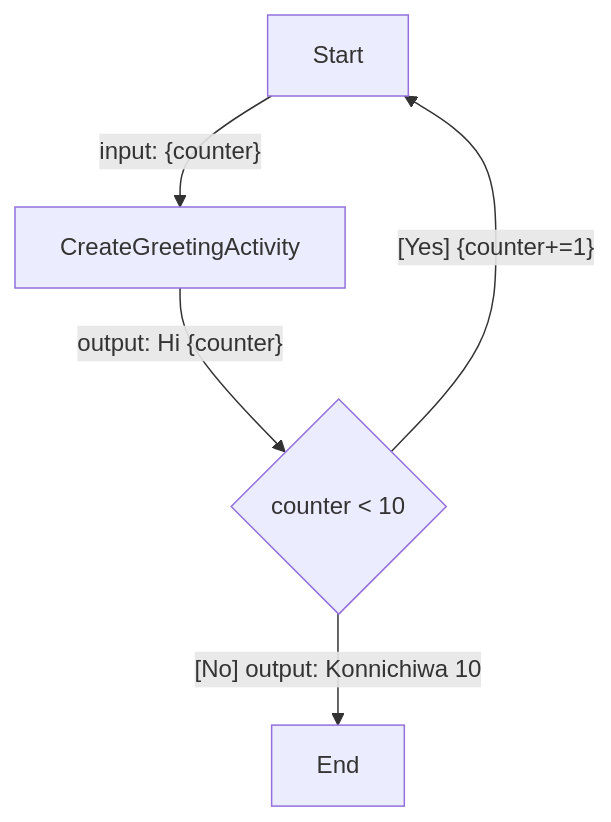
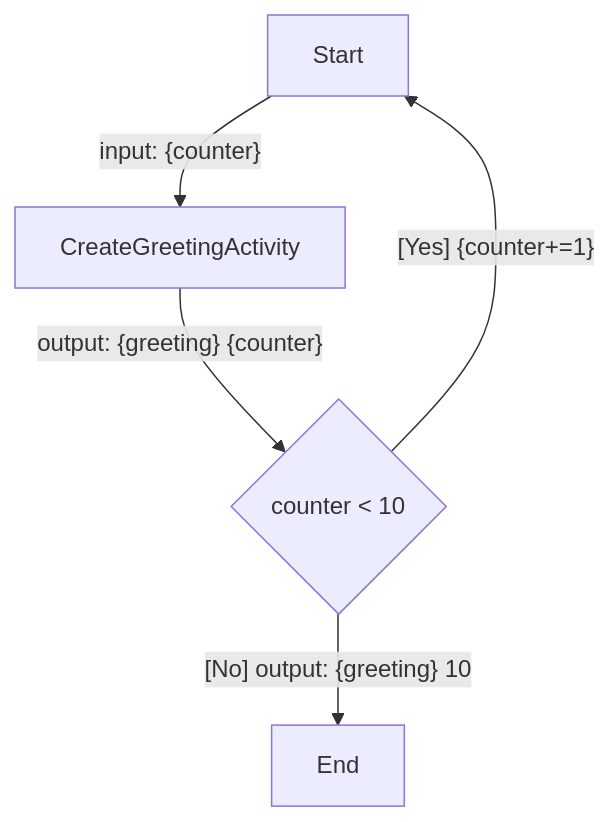
The fourth of 7 diagrams in README.md (diagrid-labs/dapr-workflow-demos), drawn with Mermaid before and after one commit. The commit also changed other lines of this file, not shown here.

Commit message:
Update labels

````diff
--- a/README.md
+++ b/README.md
@@ -226,12 +226,12 @@
 ```mermaid
 graph TD
     A[Start]
     B[CreateGreetingActivity]
     C{counter < 10}
     D[End]
     A --> |"input: {counter}"| B
-    B -->|"output: Hi {counter}"| C
+    B -->|"output: {greeting} {counter}"| C
     C --> |"[Yes] {counter+=1}"| A
-    C -->|"[No] output: Konnichiwa 10"| D
+    C -->|"[No] output: {greeting} 10"| D
 
 ```
````
